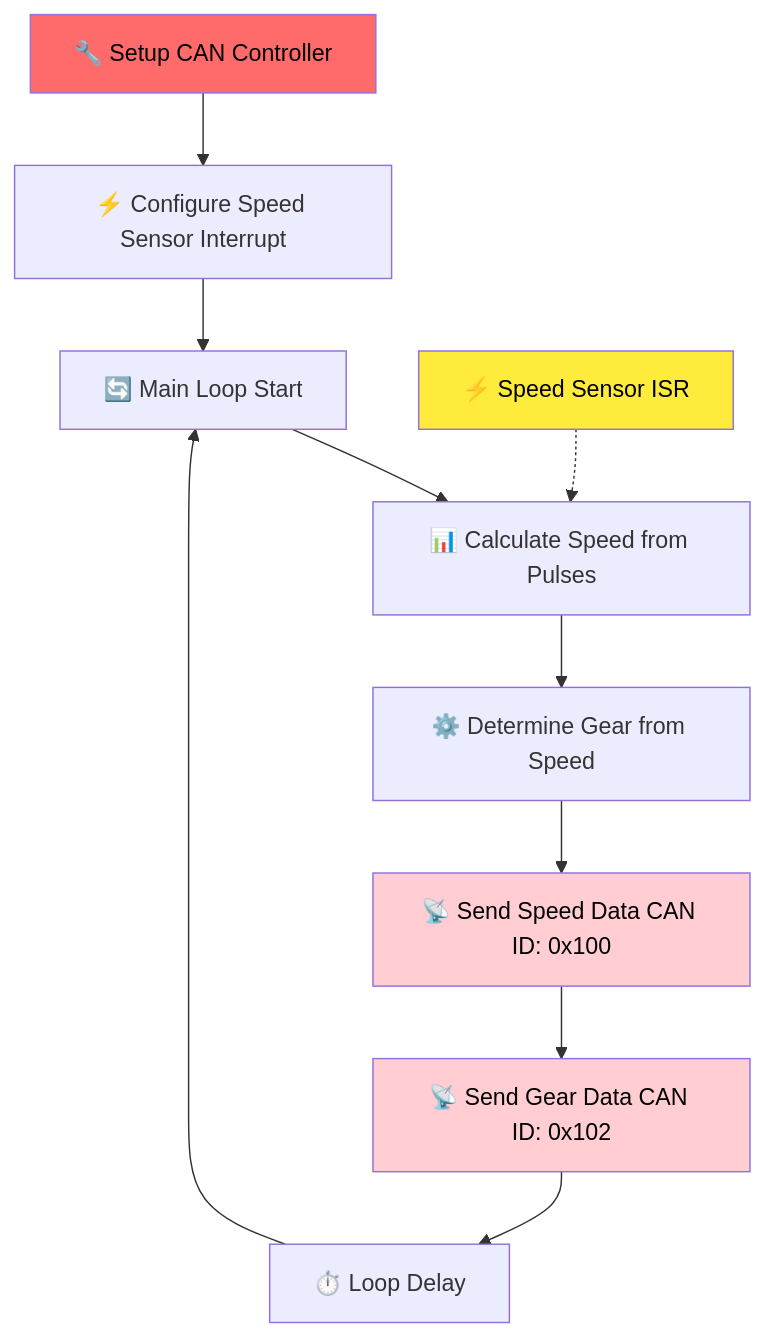
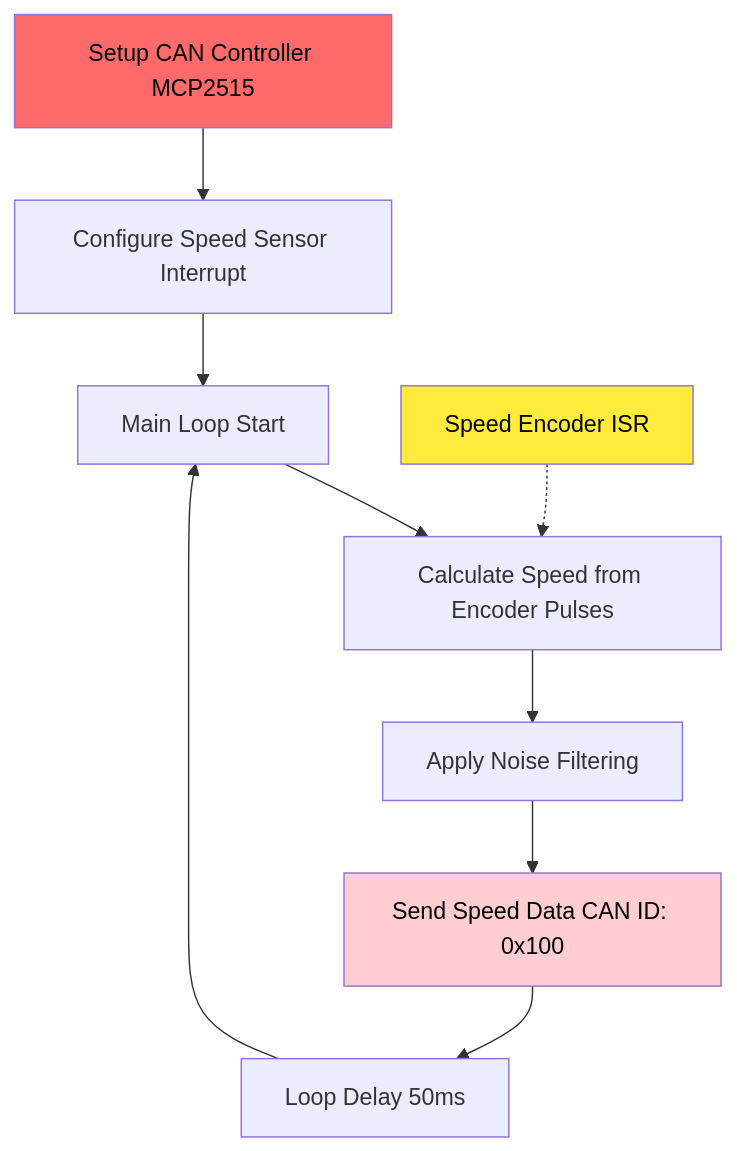
One commit to saicharansathyam/Instrument-Cluster changed the second of 8 diagrams in README.md. Above: the diagram before and after it, drawn with Mermaid. The commit also changed other lines of this file, not shown here.

````diff
--- a/README.md
+++ b/README.md
@@ -24,19 +37,17 @@
 ```mermaid
 flowchart TD
-    A[🔧 Setup CAN Controller] --> B[⚡ Configure Speed Sensor Interrupt]
-    B --> C[🔄 Main Loop Start]
+    A[Setup CAN Controller MCP2515] --> B[Configure Speed Sensor Interrupt]
+    B --> C[Main Loop Start]
     
-    C --> D[📊 Calculate Speed from Pulses]
-    D --> E[⚙️ Determine Gear from Speed]
-    E --> F[📡 Send Speed Data CAN ID: 0x100]
-    F --> G[📡 Send Gear Data CAN ID: 0x102]
-    G --> H[⏱️ Loop Delay]
-    H --> C
+    C --> D[Calculate Speed from Encoder Pulses]
+    D --> E[Apply Noise Filtering]
+    E --> F[Send Speed Data CAN ID: 0x100]
+    F --> G[Loop Delay 50ms]
+    G --> C
     
-    I[⚡ Speed Sensor ISR] -.-> D
+    I[Speed Encoder ISR] -.-> D
     
     style A fill:#ff6b6b,color:#000
     style I fill:#ffeb3b,color:#000
     style F fill:#ffcdd2,color:#000
-    style G fill:#ffcdd2,color:#000
 ```
````
